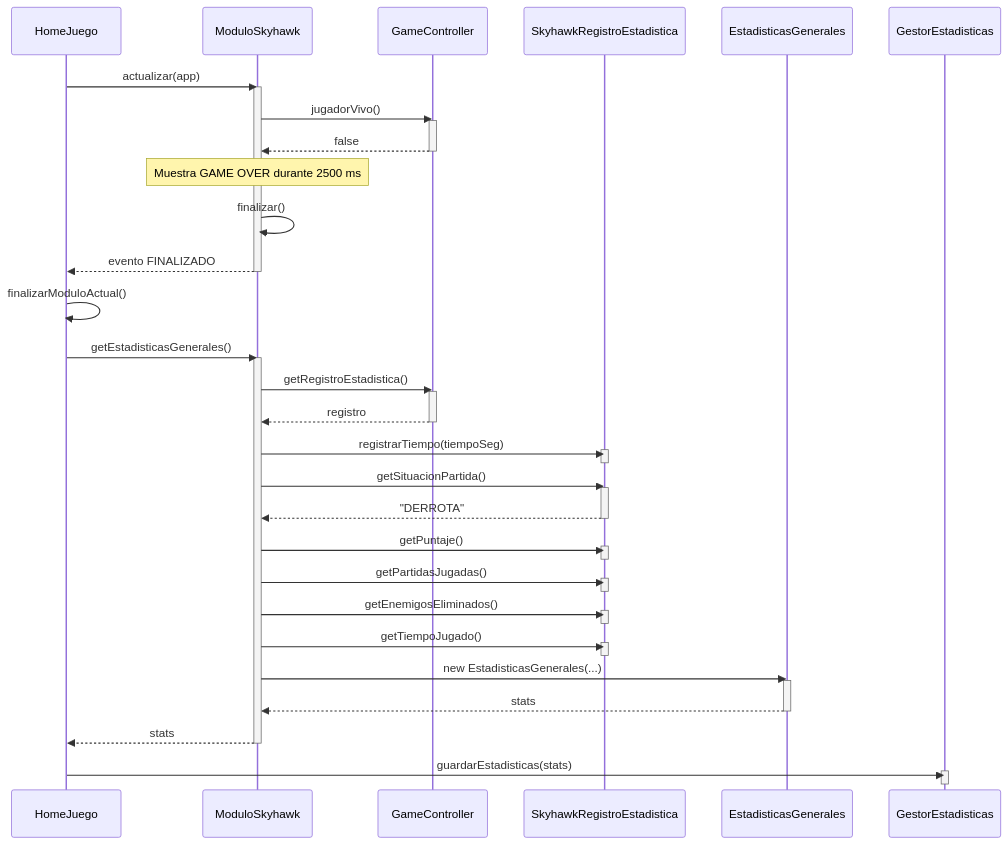
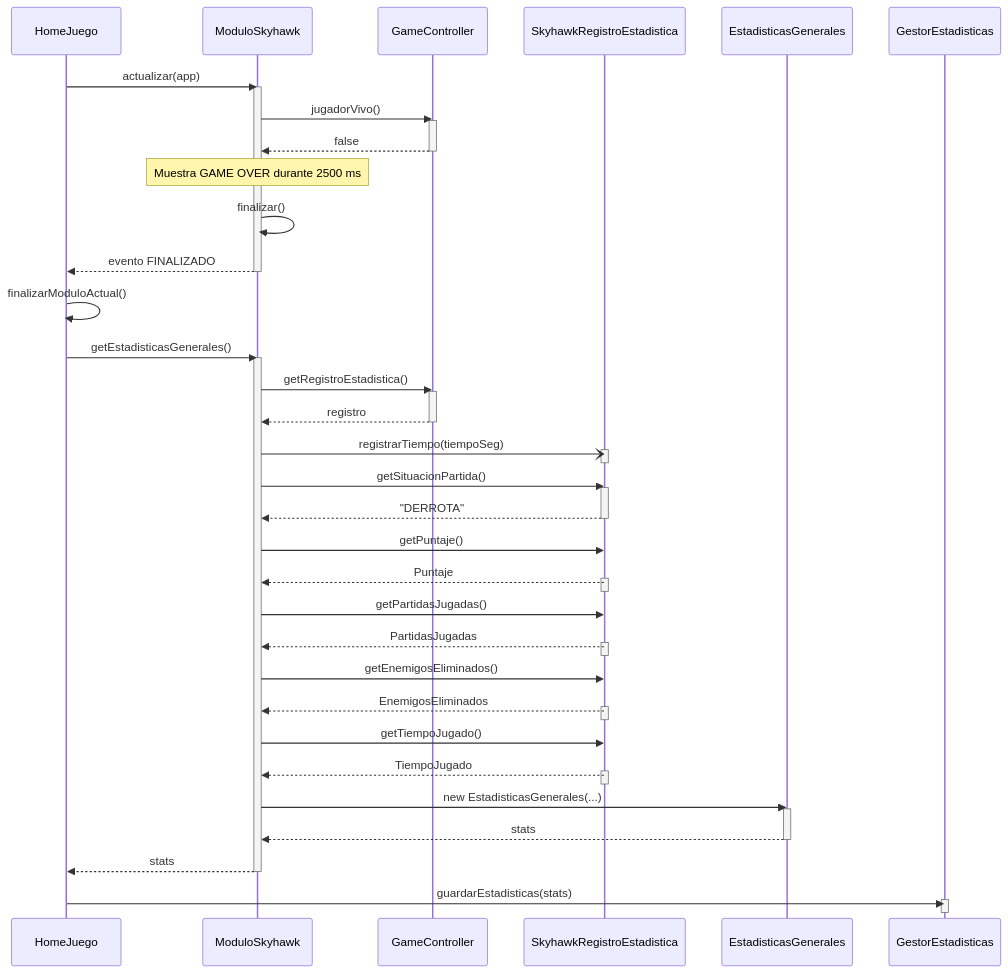
One commit to chiaraarego/Grupo-2---Skyhawk changed the seventh of 7 diagrams in Diagramas/diagram_Secuencias_Actualizados.md. Above: the diagram before and after it, drawn with Mermaid.

````diff
--- a/Diagramas/diagram_Secuencias_Actualizados.md
+++ b/Diagramas/diagram_Secuencias_Actualizados.md
@@ -266,70 +266,74 @@
 ```mermaid
 sequenceDiagram
     participant HomeJuego
     participant AvionSkyhawk as ModuloSkyhawk
     participant GameController
     participant Registro as SkyhawkRegistroEstadistica
     participant Stats as EstadisticasGenerales
     participant Gestor as GestorEstadisticas
 
     HomeJuego ->> AvionSkyhawk: actualizar(app)
     activate AvionSkyhawk
 
     AvionSkyhawk ->> GameController: jugadorVivo()
     activate GameController
     GameController -->> AvionSkyhawk: false
     deactivate GameController
 
     Note over AvionSkyhawk: Muestra GAME OVER durante 2500 ms
 
     AvionSkyhawk ->> AvionSkyhawk: finalizar()
     AvionSkyhawk -->> HomeJuego: evento FINALIZADO
     deactivate AvionSkyhawk
 
     HomeJuego ->> HomeJuego: finalizarModuloActual()
 
     HomeJuego ->> AvionSkyhawk: getEstadisticasGenerales()
     activate AvionSkyhawk
 
     AvionSkyhawk ->> GameController: getRegistroEstadistica()
     activate GameController
     GameController -->> AvionSkyhawk: registro
     deactivate GameController
 
-    AvionSkyhawk ->> Registro: registrarTiempo(tiempoSeg)
+    AvionSkyhawk -) Registro: registrarTiempo(tiempoSeg)
     activate Registro
     deactivate Registro
 
     AvionSkyhawk ->> Registro: getSituacionPartida()
     activate Registro
     Registro -->> AvionSkyhawk: "DERROTA"
     deactivate Registro
 
     AvionSkyhawk ->> Registro: getPuntaje()
+    Registro -->> AvionSkyhawk: Puntaje
     activate Registro
     deactivate Registro
 
     AvionSkyhawk ->> Registro: getPartidasJugadas()
+    Registro -->> AvionSkyhawk: PartidasJugadas
     activate Registro
     deactivate Registro
 
     AvionSkyhawk ->> Registro: getEnemigosEliminados()
+    Registro -->> AvionSkyhawk: EnemigosEliminados
     activate Registro
     deactivate Registro
 
     AvionSkyhawk ->> Registro: getTiempoJugado()
+    Registro -->> AvionSkyhawk: TiempoJugado
     activate Registro
     deactivate Registro
 
     AvionSkyhawk ->> Stats: new EstadisticasGenerales(...)
     activate Stats
     Stats -->> AvionSkyhawk: stats
     deactivate Stats
 
     AvionSkyhawk -->> HomeJuego: stats
     deactivate AvionSkyhawk
 
     HomeJuego ->> Gestor: guardarEstadisticas(stats)
     activate Gestor
     deactivate Gestor
 ```
````
